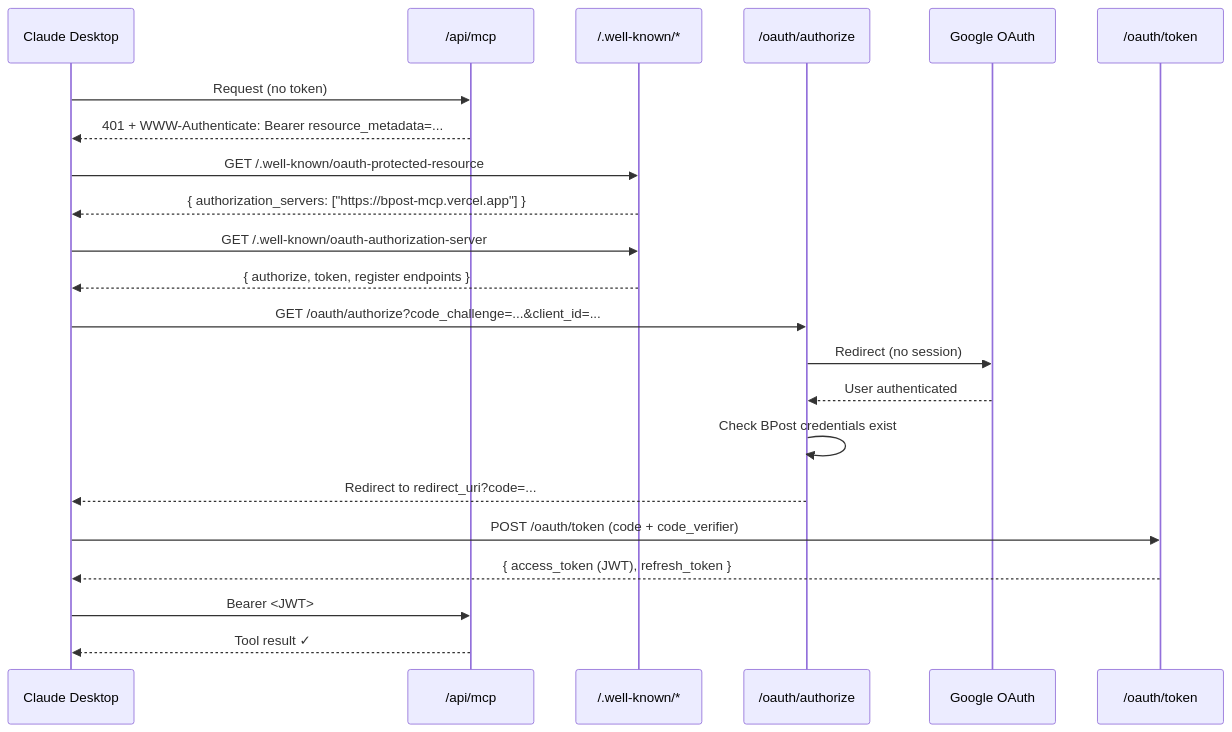
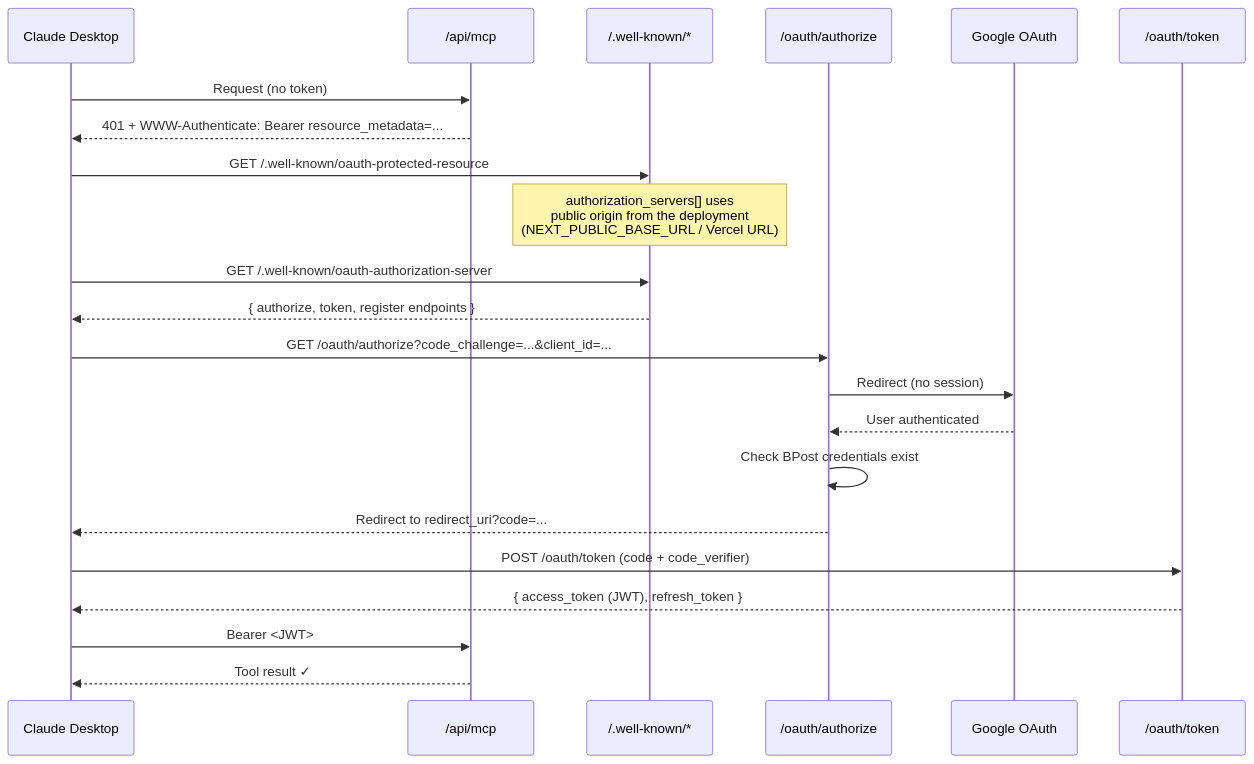
The third of 5 diagrams in docs/internal/architecture.md (markminnoye/bpost-mcp), drawn with Mermaid before and after one commit. The commit also changed other lines of this file and 16 other files, not shown here.

````diff
--- a/docs/internal/architecture.md
+++ b/docs/internal/architecture.md
@@ -99,25 +120,25 @@
 ```mermaid
 sequenceDiagram
     participant Claude as Claude Desktop
     participant MCP as /api/mcp
     participant WK as /.well-known/*
     participant Auth as /oauth/authorize
     participant Google as Google OAuth
     participant Token as /oauth/token
 
     Claude->>MCP: Request (no token)
     MCP-->>Claude: 401 + WWW-Authenticate: Bearer resource_metadata=...
     Claude->>WK: GET /.well-known/oauth-protected-resource
-    WK-->>Claude: { authorization_servers: ["https://bpost-mcp.vercel.app"] }
+    Note over WK: authorization_servers[] uses<br/>public origin from the deployment<br/>(NEXT_PUBLIC_BASE_URL / Vercel URL)
     Claude->>WK: GET /.well-known/oauth-authorization-server
     WK-->>Claude: { authorize, token, register endpoints }
     Claude->>Auth: GET /oauth/authorize?code_challenge=...&client_id=...
     Auth->>Google: Redirect (no session)
     Google-->>Auth: User authenticated
     Auth->>Auth: Check BPost credentials exist
     Auth-->>Claude: Redirect to redirect_uri?code=...
     Claude->>Token: POST /oauth/token (code + code_verifier)
     Token-->>Claude: { access_token (JWT), refresh_token }
     Claude->>MCP: Bearer <JWT>
     MCP-->>Claude: Tool result ✓
 ```
````
